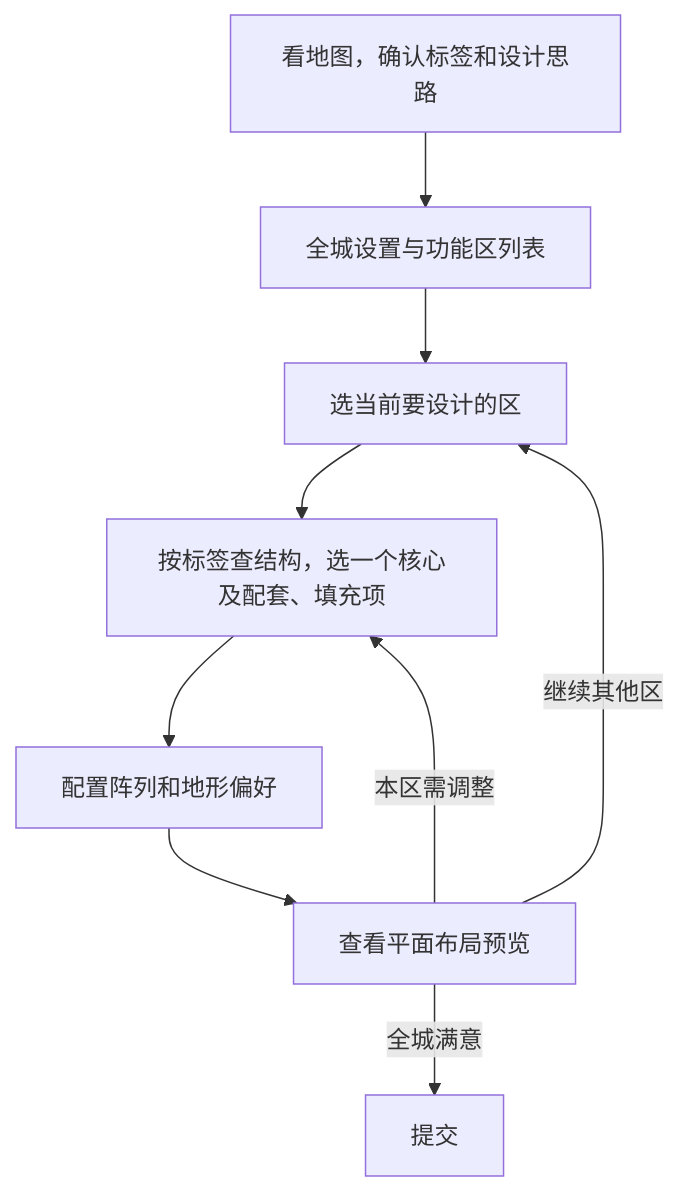
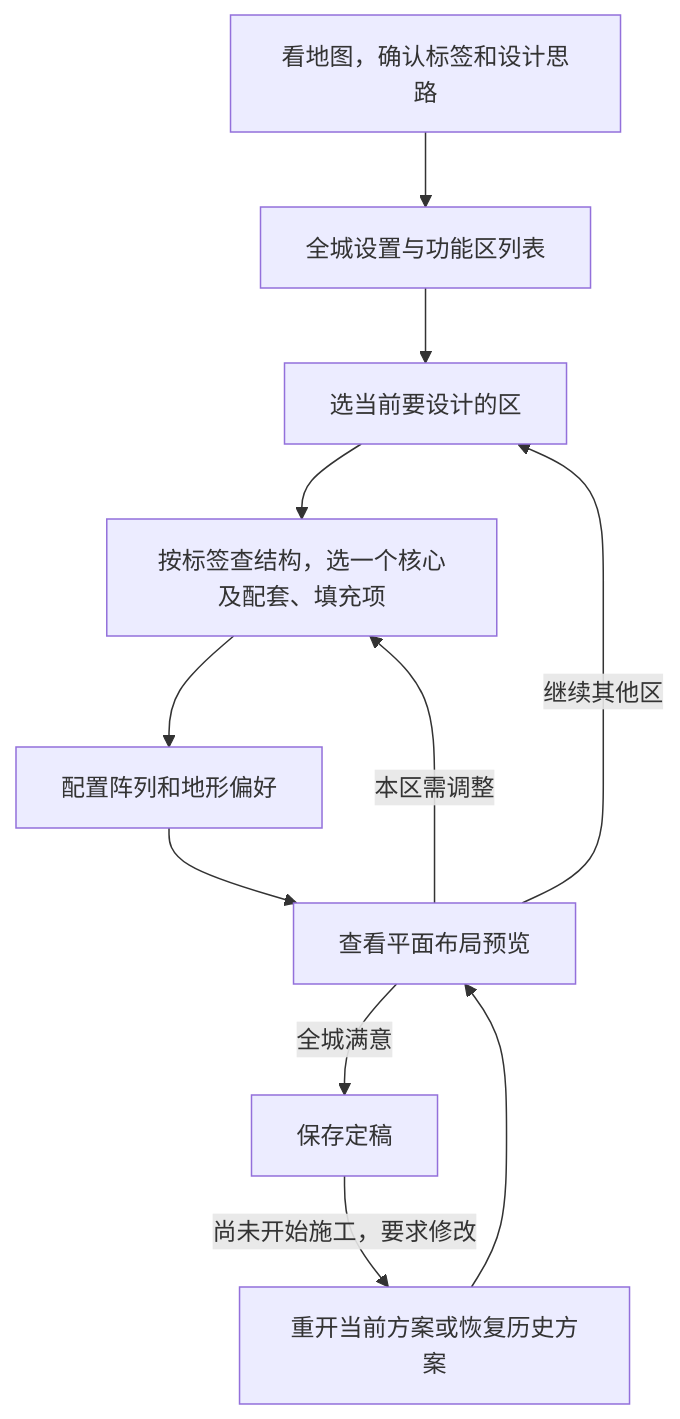
The diagram in docs/systems/city/10_product/案子/具体流程的案子/30_D4蓝图编译/按功能区设计城市/README.md (RinsingEL/designer_territoryMod), drawn with Mermaid before and after one commit. The commit also changed other lines of this file and 57 other files, not shown here.

````diff
--- a/docs/systems/city/10_product/案子/具体流程的案子/30_D4蓝图编译/按功能区设计城市/README.md
+++ b/docs/systems/city/10_product/案子/具体流程的案子/30_D4蓝图编译/按功能区设计城市/README.md
@@ -7,11 +7,13 @@
 ```mermaid
 flowchart TD
   A[看地图，确认标签和设计思路] --> B[全城设置与功能区列表]
   B --> C[选当前要设计的区]
   C --> D[按标签查结构，选一个核心及配套、填充项]
   D --> E[配置阵列和地形偏好]
   E --> F[查看平面布局预览]
   F -->|本区需调整| D
   F -->|继续其他区| C
-  F -->|全城满意| G[提交]
+  F -->|全城满意| G[保存定稿]
+  G -->|尚未开始施工，要求修改| H[重开当前方案或恢复历史方案]
+  H --> F
 ```
````
